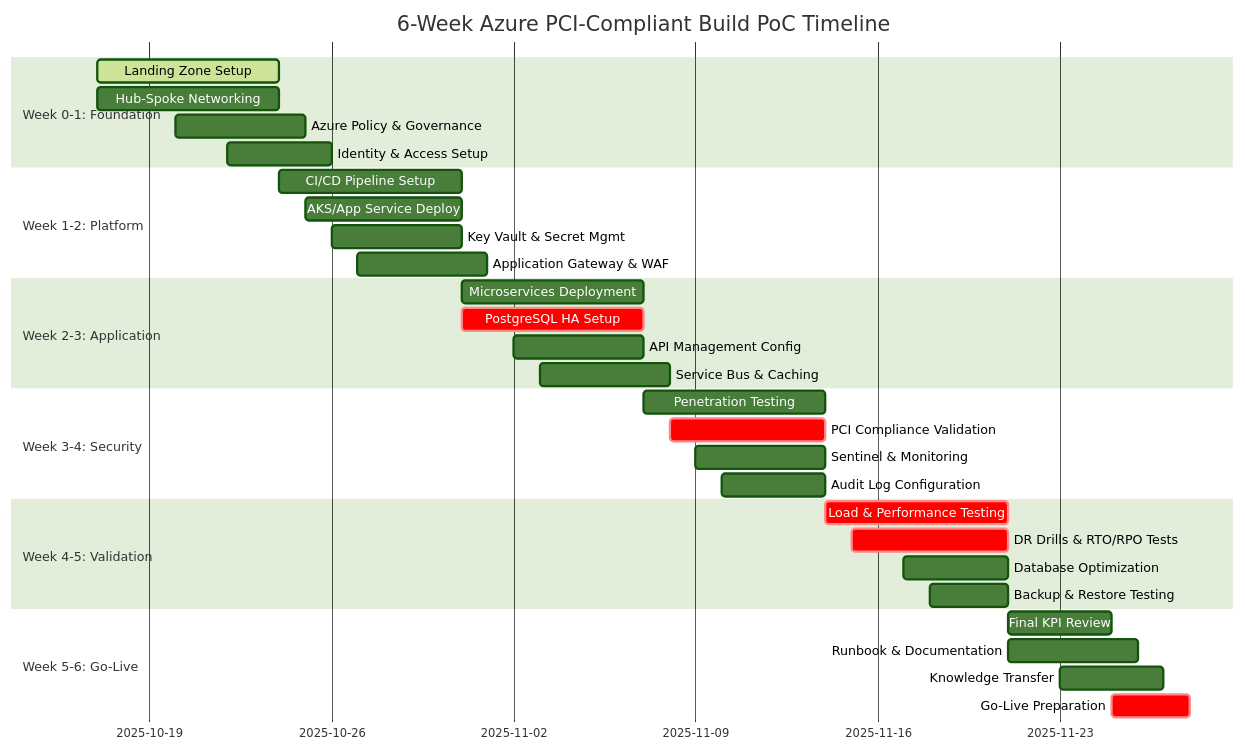
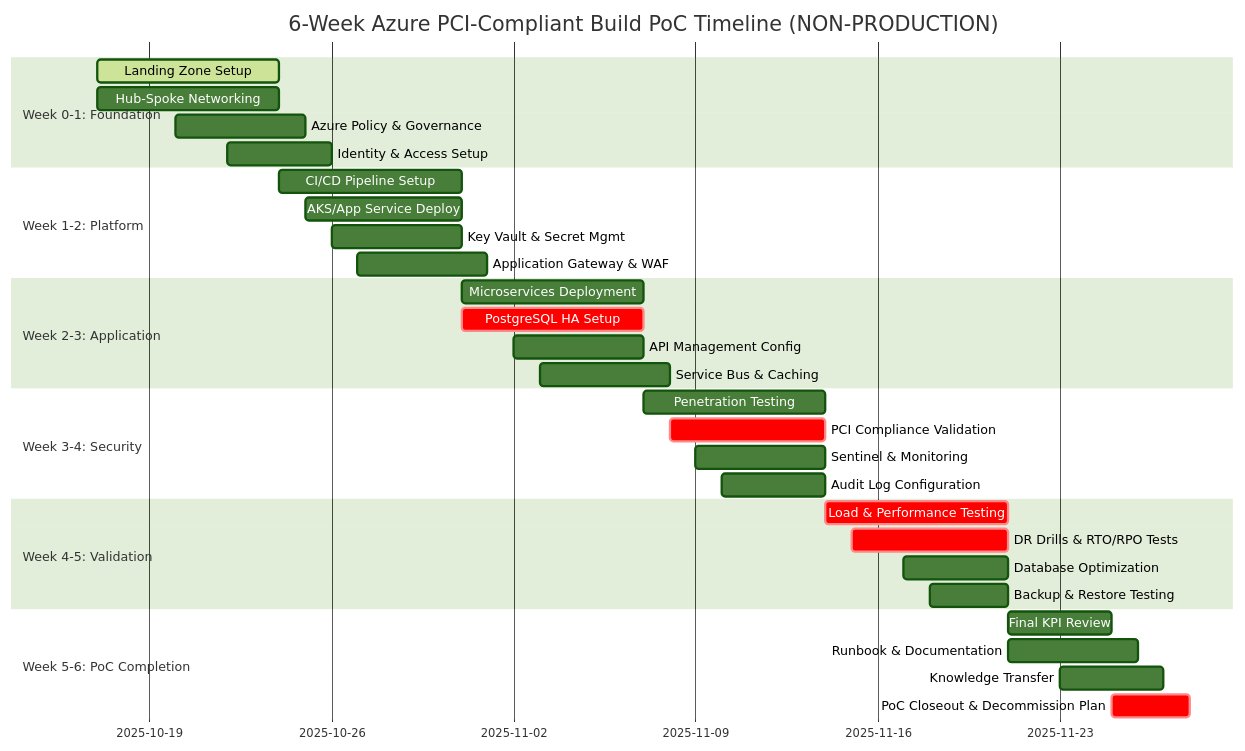
The first of 3 diagrams in docs/azure-pci-compliant-build-poc.md (jonathan-vella/azure-postgresql-ha-workshop), drawn with Mermaid (forest theme) before and after one commit. The commit also changed other lines of this file, not shown here.

Commit message:
Add enhanced Mermaid timeline visualizations and PoC disclaimers

````diff
--- a/docs/azure-pci-compliant-build-poc.md
+++ b/docs/azure-pci-compliant-build-poc.md
@@ -289,35 +309,35 @@
 ```mermaid
 gantt
-    title 6-Week Azure PCI-Compliant Build PoC Timeline
+    title 6-Week Azure PCI-Compliant Build PoC Timeline (NON-PRODUCTION)
     dateFormat YYYY-MM-DD
     section Week 0-1: Foundation
     Landing Zone Setup           :active, foundation1, 2025-10-17, 7d
     Hub-Spoke Networking         :foundation2, 2025-10-17, 7d
     Azure Policy & Governance    :foundation3, 2025-10-20, 5d
     Identity & Access Setup      :foundation4, 2025-10-22, 4d
     section Week 1-2: Platform
     CI/CD Pipeline Setup         :platform1, 2025-10-24, 7d
     AKS/App Service Deploy       :platform2, 2025-10-25, 6d
     Key Vault & Secret Mgmt      :platform3, 2025-10-26, 5d
     Application Gateway & WAF    :platform4, 2025-10-27, 5d
     section Week 2-3: Application
     Microservices Deployment     :app1, 2025-10-31, 7d
     PostgreSQL HA Setup          :crit, app2, 2025-10-31, 7d
     API Management Config        :app3, 2025-11-02, 5d
     Service Bus & Caching        :app4, 2025-11-03, 5d
     section Week 3-4: Security
     Penetration Testing          :security1, 2025-11-07, 7d
     PCI Compliance Validation    :crit, security2, 2025-11-08, 6d
     Sentinel & Monitoring        :security3, 2025-11-09, 5d
     Audit Log Configuration      :security4, 2025-11-10, 4d
     section Week 4-5: Validation
     Load & Performance Testing   :crit, validation1, 2025-11-14, 7d
     DR Drills & RTO/RPO Tests    :crit, validation2, 2025-11-15, 6d
     Database Optimization        :validation3, 2025-11-17, 4d
     Backup & Restore Testing     :validation4, 2025-11-18, 3d
-    section Week 5-6: Go-Live
+    section Week 5-6: PoC Completion
     Final KPI Review             :golive1, 2025-11-21, 4d
     Runbook & Documentation      :golive2, 2025-11-21, 5d
     Knowledge Transfer           :golive3, 2025-11-23, 4d
-    Go-Live Preparation          :crit, golive4, 2025-11-25, 3d
+    PoC Closeout & Decommission Plan :crit, golive4, 2025-11-25, 3d
 ```
````
